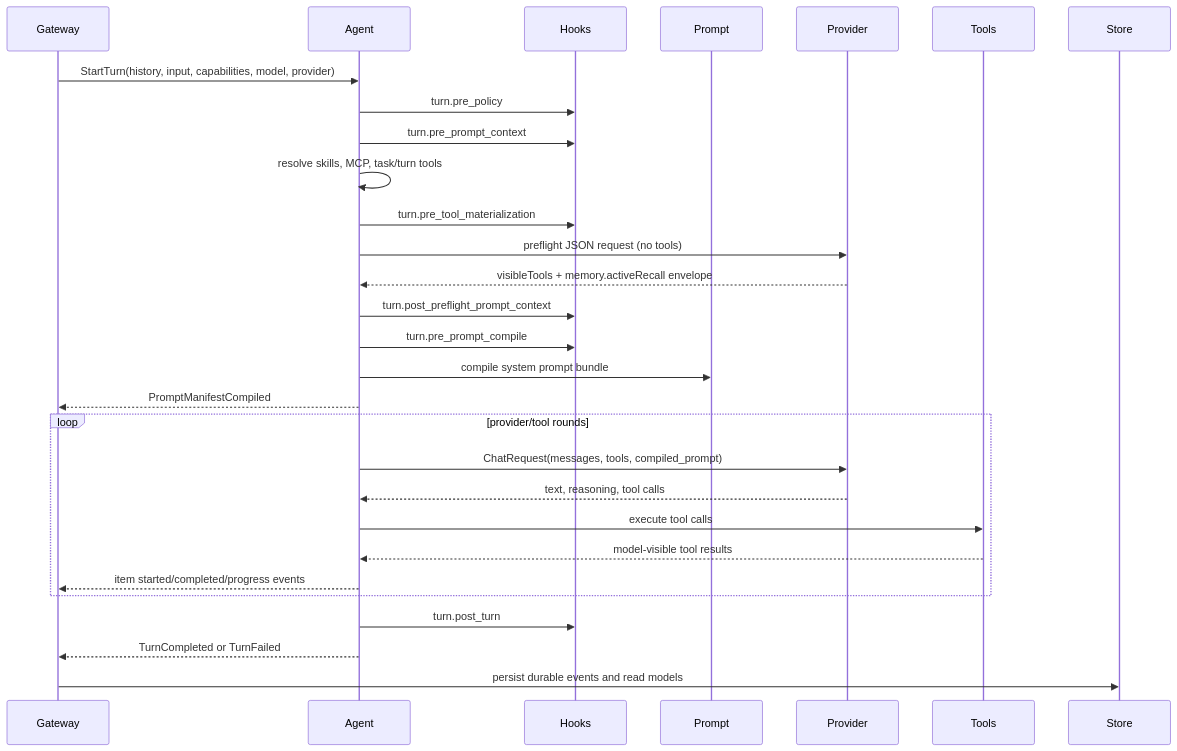
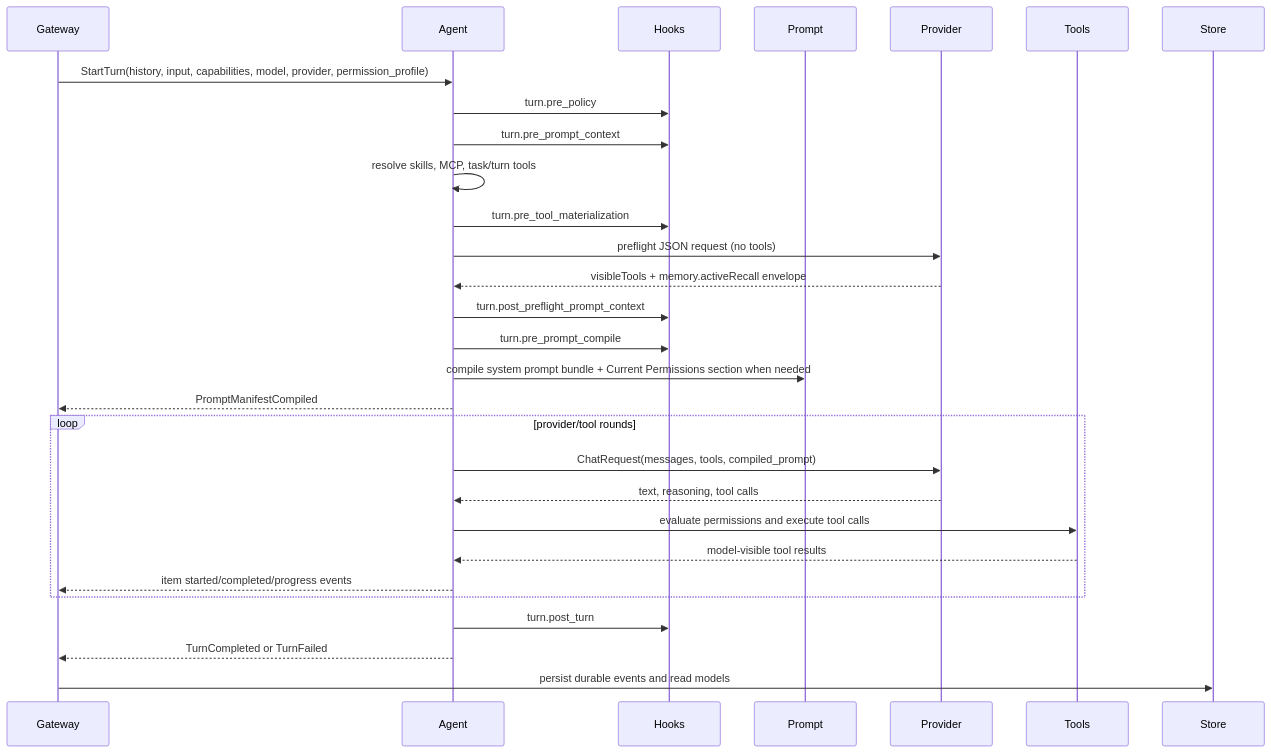
One commit to pioneerdotai/docs changed the diagram in architecture/agent-loop.mdx. Above: the diagram before and after it, drawn with Mermaid. The commit also changed other lines of this file and 34 other files, not shown here.

Commit message:
Document turn permission system and update refs

````diff
--- a/architecture/agent-loop.mdx
+++ b/architecture/agent-loop.mdx
@@ -45,32 +45,32 @@
 ```mermaid
 sequenceDiagram
   participant Gateway
   participant Agent
   participant Hooks
   participant Prompt
   participant Provider
   participant Tools
   participant Store
 
-  Gateway->>Agent: StartTurn(history, input, capabilities, model, provider)
+  Gateway->>Agent: StartTurn(history, input, capabilities, model, provider, permission_profile)
   Agent->>Hooks: turn.pre_policy
   Agent->>Hooks: turn.pre_prompt_context
   Agent->>Agent: resolve skills, MCP, task/turn tools
   Agent->>Hooks: turn.pre_tool_materialization
   Agent->>Provider: preflight JSON request (no tools)
   Provider-->>Agent: visibleTools + memory.activeRecall envelope
   Agent->>Hooks: turn.post_preflight_prompt_context
   Agent->>Hooks: turn.pre_prompt_compile
-  Agent->>Prompt: compile system prompt bundle
+    Agent->>Prompt: compile system prompt bundle + Current Permissions section when needed
   Agent-->>Gateway: PromptManifestCompiled
   loop provider/tool rounds
     Agent->>Provider: ChatRequest(messages, tools, compiled_prompt)
     Provider-->>Agent: text, reasoning, tool calls
-    Agent->>Tools: execute tool calls
+    Agent->>Tools: evaluate permissions and execute tool calls
     Tools-->>Agent: model-visible tool results
     Agent-->>Gateway: item started/completed/progress events
   end
   Agent->>Hooks: turn.post_turn
   Agent-->>Gateway: TurnCompleted or TurnFailed
   Gateway->>Store: persist durable events and read models
 ```
````
